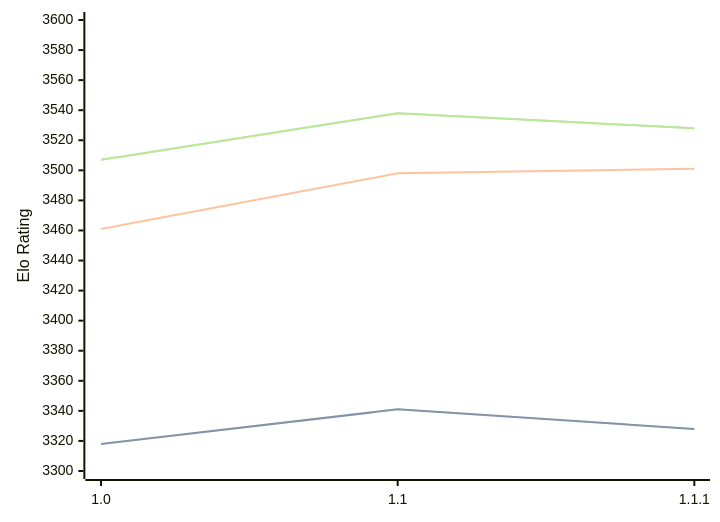
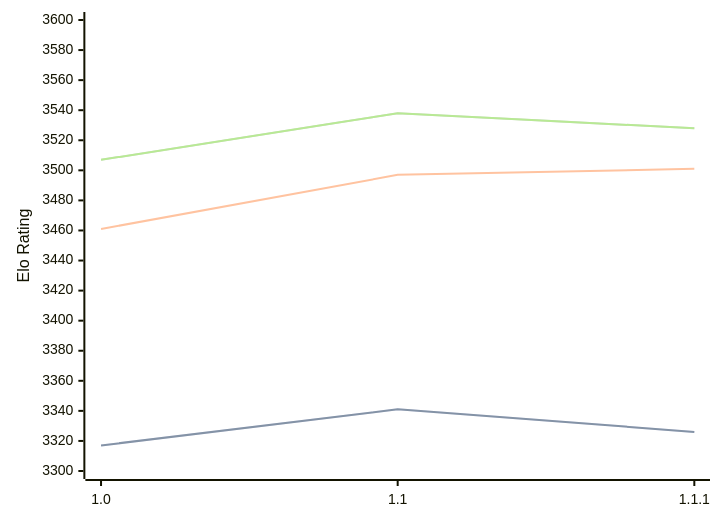
The diagram in engines/Icarus.md (computer-chess-index/cci), drawn with Mermaid before and after one commit. The commit also changed other lines of this file, not shown here.

````diff
--- a/engines/Icarus.md
+++ b/engines/Icarus.md
@@ -33,11 +33,11 @@
 ```mermaid
 %%{init: {"theme":"base","themeVariables":{"seriesColors:['#a3a3a3','#222221','#faa371']}}}%%
 xychart-beta
   x-axis ["1.0", "1.1", "1.1.1"]
   y-axis "Elo Rating" 3300 --> 3600
-  line "" [3318, 3341, 3328]
-  line "STC (8.0+0.08s)" [3318, 3341, 3328]
-  line "LTC (60.0+0.60s)" [3461, 3498, 3501]
+  line "" [3317, 3341, 3326]
+  line "STC (8.0+0.08s)" [3317, 3341, 3326]
+  line "LTC (60.0+0.60s)" [3461, 3497, 3501]
   line "" [3507, 3538, 3528]
   line "VLTC (2m24s+1.12s)" [3507, 3538, 3528]
 ```
````
